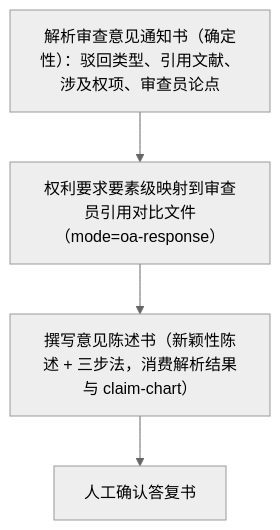
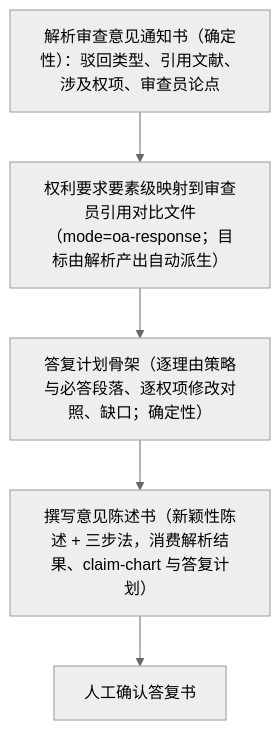
Before and after one commit to xujian519/deepseek-harness: the diagram in snapshots/session/patent-oa-response/workspace.expected/data/cases/CN2024-0001/workflow-runs/CN2024-0001__patent_oa_response_v1.mmd, drawn with Mermaid (neutral theme). The commit also changed 24 other files, not shown here.

First line of the commit message:
feat(patent): derive claim-chart targets and feed the response plan into the OA workflow

```diff
--- a/snapshots/session/patent-oa-response/workspace.expected/data/cases/CN2024-0001/workflow-runs/CN2024-0001__patent_oa_response_v1.mmd
+++ b/snapshots/session/patent-oa-response/workspace.expected/data/cases/CN2024-0001/workflow-runs/CN2024-0001__patent_oa_response_v1.mmd
@@ -1,8 +1,10 @@
 flowchart TD
   parse["解析审查意见通知书（确定性）：驳回类型、引用文献、涉及权项、审查员论点"]
-  claim-chart["权利要求要素级映射到审查员引用对比文件（mode=oa-response）"]
-  draft["撰写意见陈述书（新颖性陈述 + 三步法，消费解析结果与 claim-chart）"]
+  claim-chart["权利要求要素级映射到审查员引用对比文件（mode=oa-response；目标由解析产出自动派生）"]
+  response-plan["答复计划骨架（逐理由策略与必答段落、逐权项修改对照、缺口；确定性）"]
+  draft["撰写意见陈述书（新颖性陈述 + 三步法，消费解析结果、claim-chart 与答复计划）"]
   approval["人工确认答复书"]
   parse --> claim-chart
-  claim-chart --> draft
+  claim-chart --> response-plan
+  response-plan --> draft
   draft --> approval
```
